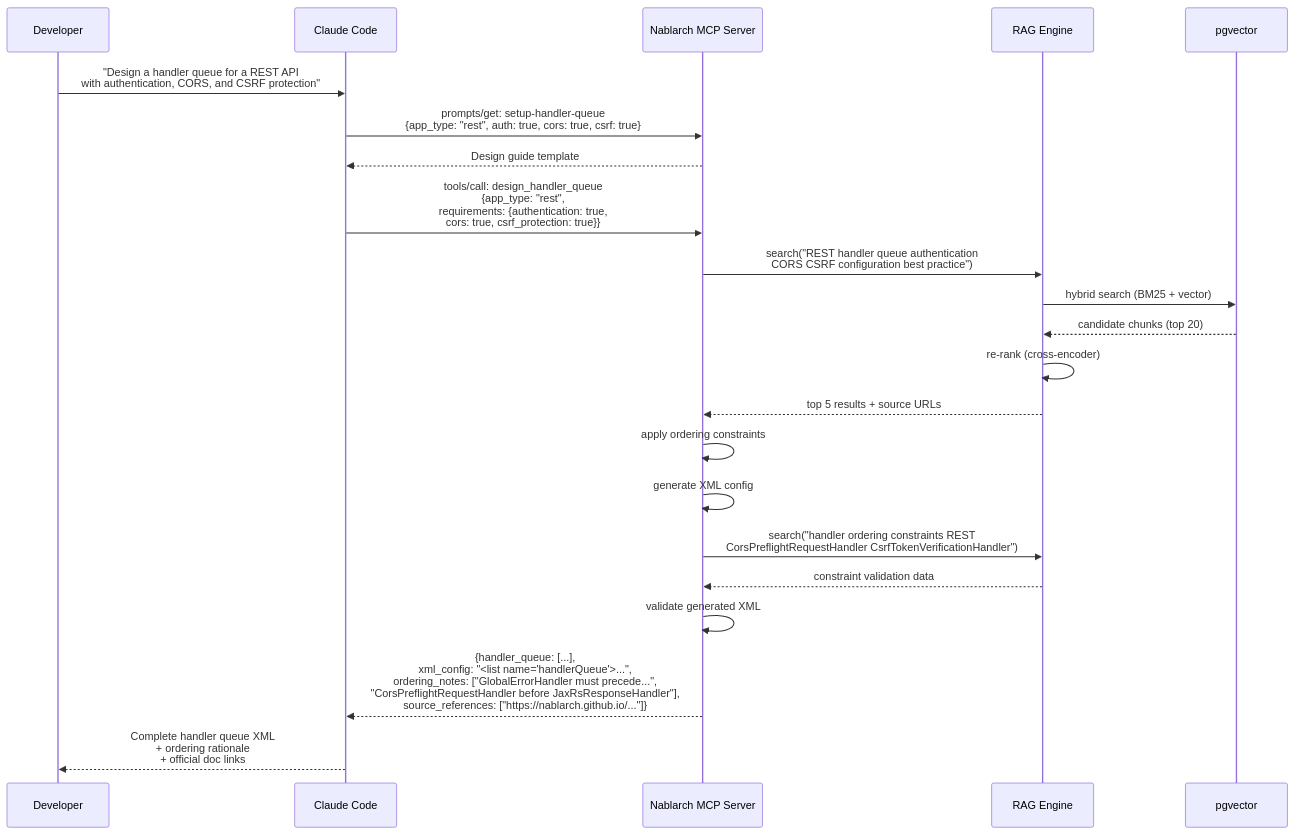
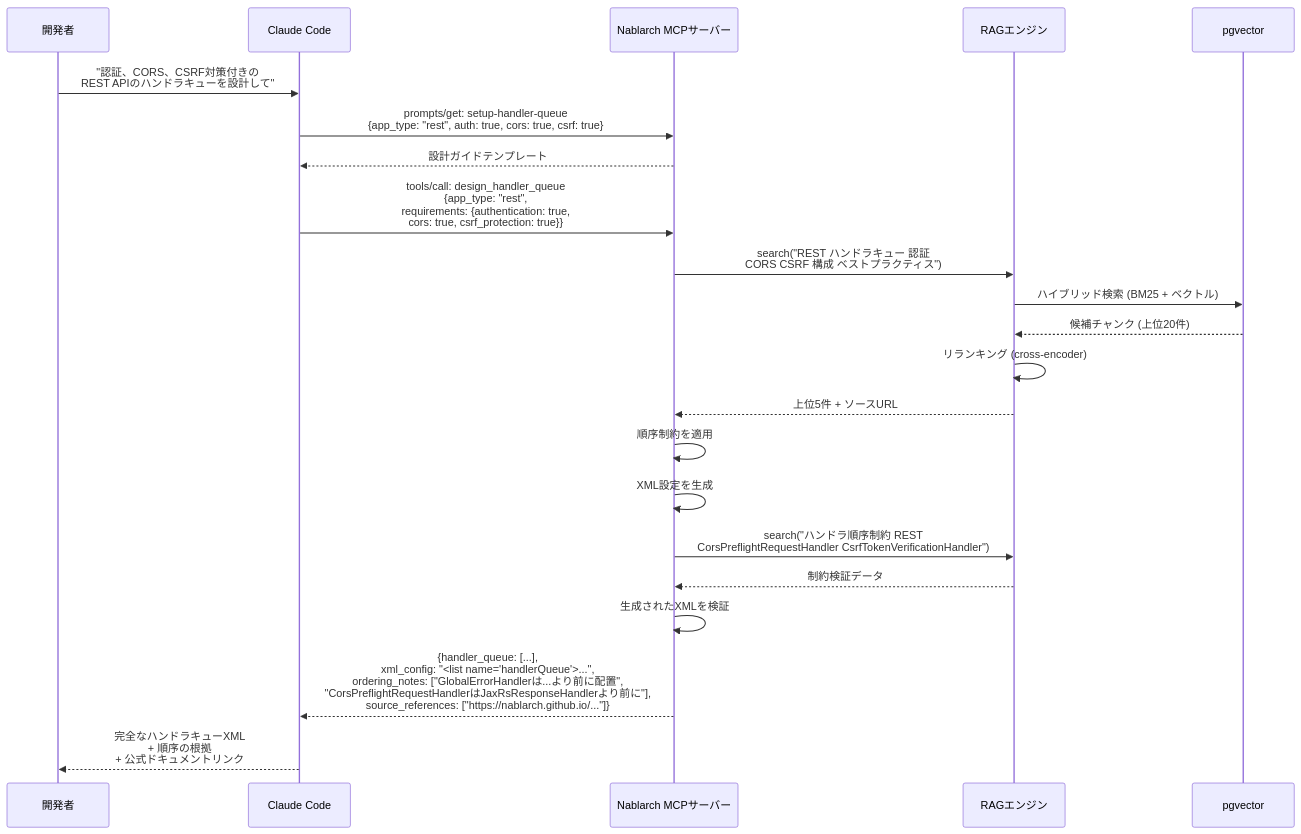
Before and after one commit to kumagoro1202/nablarch-mcp-server: the first of 9 diagrams in docs/use-cases.md, drawn with Mermaid. The commit also changed other lines of this file and 3 other files, not shown here.

````diff
--- a/docs/use-cases.md
+++ b/docs/use-cases.md
@@ -41,33 +39,33 @@
 ```mermaid
 sequenceDiagram
-    participant Dev as Developer
+    participant Dev as 開発者
     participant AI as Claude Code
-    participant MCP as Nablarch MCP Server
-    participant RAG as RAG Engine
+    participant MCP as Nablarch MCPサーバー
+    participant RAG as RAGエンジン
     participant VDB as pgvector
 
-    Dev->>AI: "Design a handler queue for a REST API<br/>with authentication, CORS, and CSRF protection"
+    Dev->>AI: "認証、CORS、CSRF対策付きの<br/>REST APIのハンドラキューを設計して"
 
     AI->>MCP: prompts/get: setup-handler-queue<br/>{app_type: "rest", auth: true, cors: true, csrf: true}
-    MCP-->>AI: Design guide template
+    MCP-->>AI: 設計ガイドテンプレート
 
     AI->>MCP: tools/call: design_handler_queue<br/>{app_type: "rest",<br/> requirements: {authentication: true,<br/> cors: true, csrf_protection: true}}
 
-    MCP->>RAG: search("REST handler queue authentication<br/>CORS CSRF configuration best practice")
-    RAG->>VDB: hybrid search (BM25 + vector)
-    VDB-->>RAG: candidate chunks (top 20)
-    RAG->>RAG: re-rank (cross-encoder)
-    RAG-->>MCP: top 5 results + source URLs
+    MCP->>RAG: search("REST ハンドラキュー 認証<br/>CORS CSRF 構成 ベストプラクティス")
+    RAG->>VDB: ハイブリッド検索 (BM25 + ベクトル)
+    VDB-->>RAG: 候補チャンク (上位20件)
+    RAG->>RAG: リランキング (cross-encoder)
+    RAG-->>MCP: 上位5件 + ソースURL
 
-    MCP->>MCP: apply ordering constraints
-    MCP->>MCP: generate XML config
+    MCP->>MCP: 順序制約を適用
+    MCP->>MCP: XML設定を生成
 
-    MCP->>RAG: search("handler ordering constraints REST<br/>CorsPreflightRequestHandler CsrfTokenVerificationHandler")
-    RAG-->>MCP: constraint validation data
+    MCP->>RAG: search("ハンドラ順序制約 REST<br/>CorsPreflightRequestHandler CsrfTokenVerificationHandler")
+    RAG-->>MCP: 制約検証データ
 
-    MCP->>MCP: validate generated XML
+    MCP->>MCP: 生成されたXMLを検証
 
-    MCP-->>AI: {handler_queue: [...],<br/>xml_config: "<list name='handlerQueue'>...",<br/>ordering_notes: ["GlobalErrorHandler must precede...",<br/>"CorsPreflightRequestHandler before JaxRsResponseHandler"],<br/>source_references: ["https://nablarch.github.io/..."]}
+    MCP-->>AI: {handler_queue: [...],<br/>xml_config: "<list name='handlerQueue'>...",<br/>ordering_notes: ["GlobalErrorHandlerは...より前に配置",<br/>"CorsPreflightRequestHandlerはJaxRsResponseHandlerより前に"],<br/>source_references: ["https://nablarch.github.io/..."]}
 
-    AI-->>Dev: Complete handler queue XML<br/>+ ordering rationale<br/>+ official doc links
+    AI-->>Dev: 完全なハンドラキューXML<br/>+ 順序の根拠<br/>+ 公式ドキュメントリンク
 ```
````
